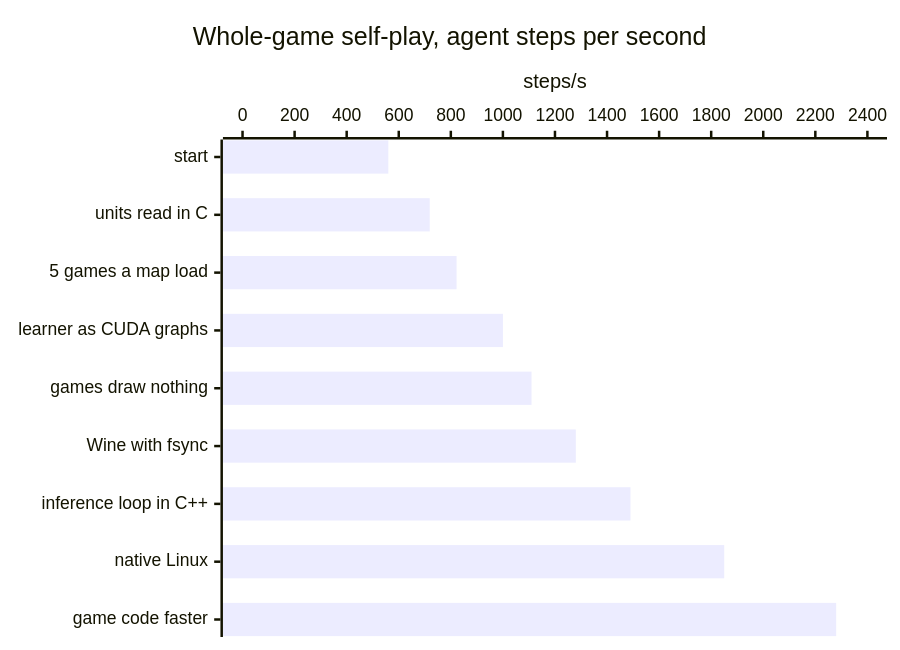
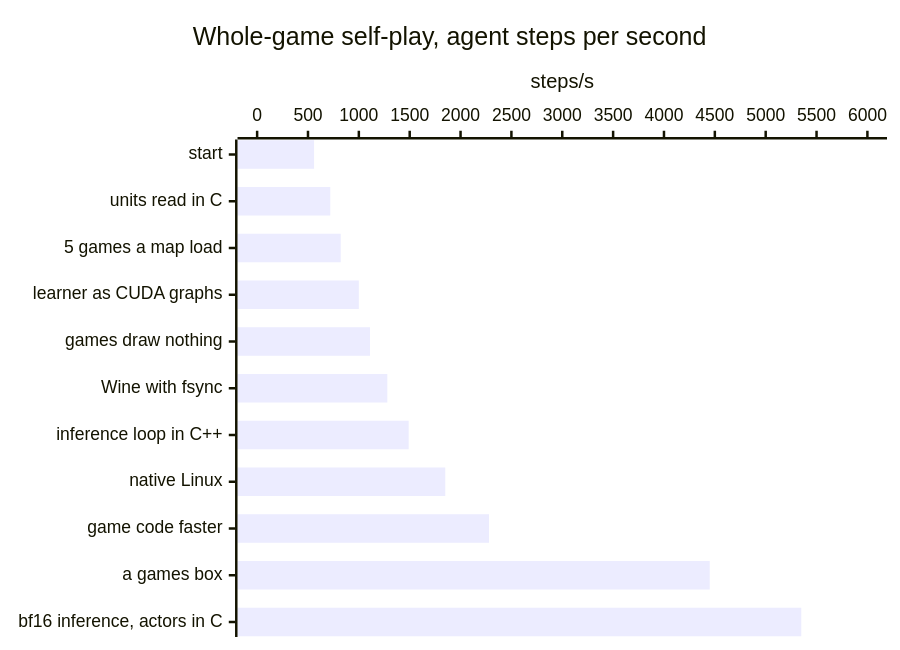
One commit to RobinKa/warcraftsim changed the sixth of 6 diagrams in README.md. Above: the diagram before and after it, drawn with Mermaid. The commit also changed other lines of this file and 7 other files, not shown here.

````diff
--- a/README.md
+++ b/README.md
@@ -73,7 +83,7 @@
 ```mermaid
 xychart-beta horizontal
   title "Whole-game self-play, agent steps per second"
-  x-axis ["start", "units read in C", "5 games a map load", "learner as CUDA graphs", "games draw nothing", "Wine with fsync", "inference loop in C++", "native Linux", "game code faster"]
-  y-axis "steps/s" 0 --> 2400
-  bar [560, 719, 822, 1000, 1110, 1280, 1490, 1850, 2280]
+  x-axis ["start", "units read in C", "5 games a map load", "learner as CUDA graphs", "games draw nothing", "Wine with fsync", "inference loop in C++", "native Linux", "game code faster", "a games box", "bf16 inference, actors in C"]
+  y-axis "steps/s" 0 --> 6000
+  bar [560, 719, 822, 1000, 1110, 1280, 1490, 1850, 2280, 4450, 5350]
 ```
````
